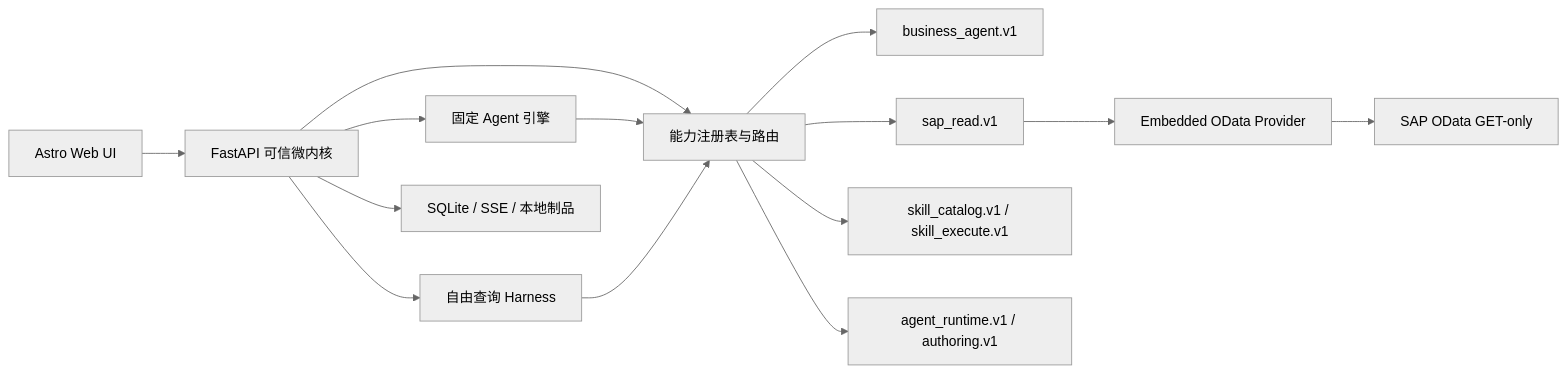
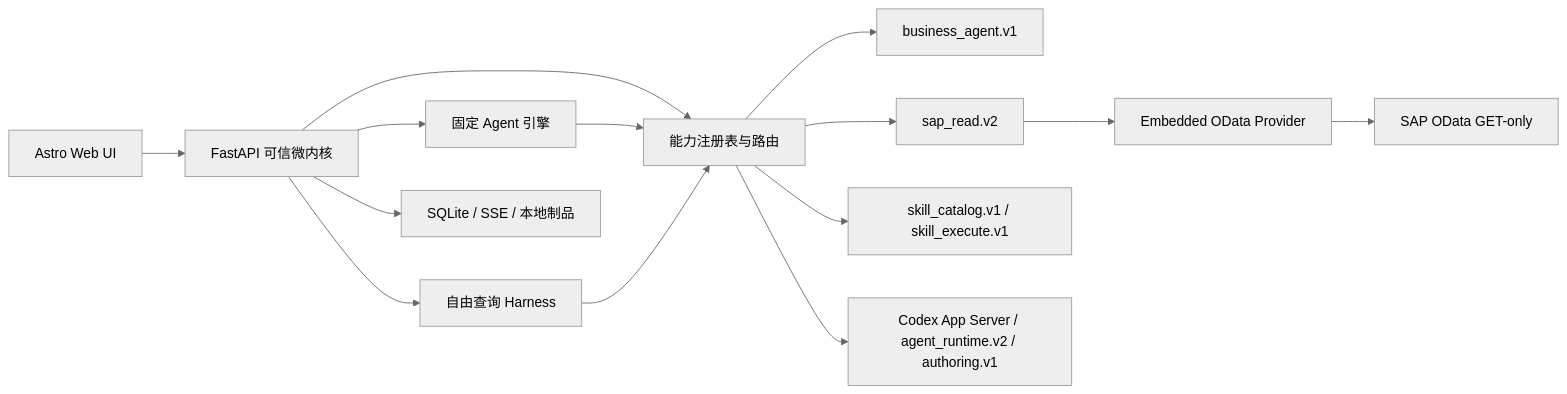
One commit to yin-wen-bin/SAPBusinessAgents changed the diagram in README.md. Above: the diagram before and after it, drawn with Mermaid (neutral theme). The commit also changed other lines of this file and 87 other files, not shown here.

````diff
--- a/README.md
+++ b/README.md
@@ -99,16 +101,16 @@
 ```mermaid
 flowchart LR
     UI["Astro Web UI"] --> CORE["FastAPI 可信微内核"]
     CORE --> FIXED["固定 Agent 引擎"]
     CORE --> FREE["自由查询 Harness"]
     CORE --> BROKER["能力注册表与路由"]
     BROKER --> AGENT["business_agent.v1"]
-    BROKER --> SAPREAD["sap_read.v1"]
+    BROKER --> SAPREAD["sap_read.v2"]
     BROKER --> SKILL["skill_catalog.v1 / skill_execute.v1"]
-    BROKER --> CODEX["agent_runtime.v1 / authoring.v1"]
+    BROKER --> CODEX["Codex App Server / agent_runtime.v2 / authoring.v1"]
     FIXED --> BROKER
     FREE --> BROKER
     CORE --> DB["SQLite / SSE / 本地制品"]
     SAPREAD --> EMBEDDED["Embedded OData Provider"]
     EMBEDDED --> SAP["SAP OData GET-only"]
 ```
````
